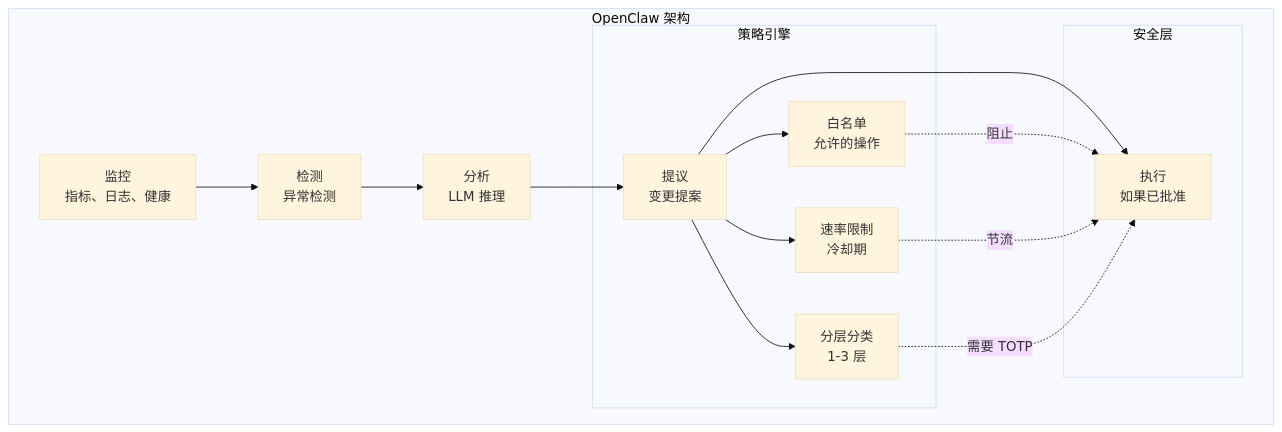
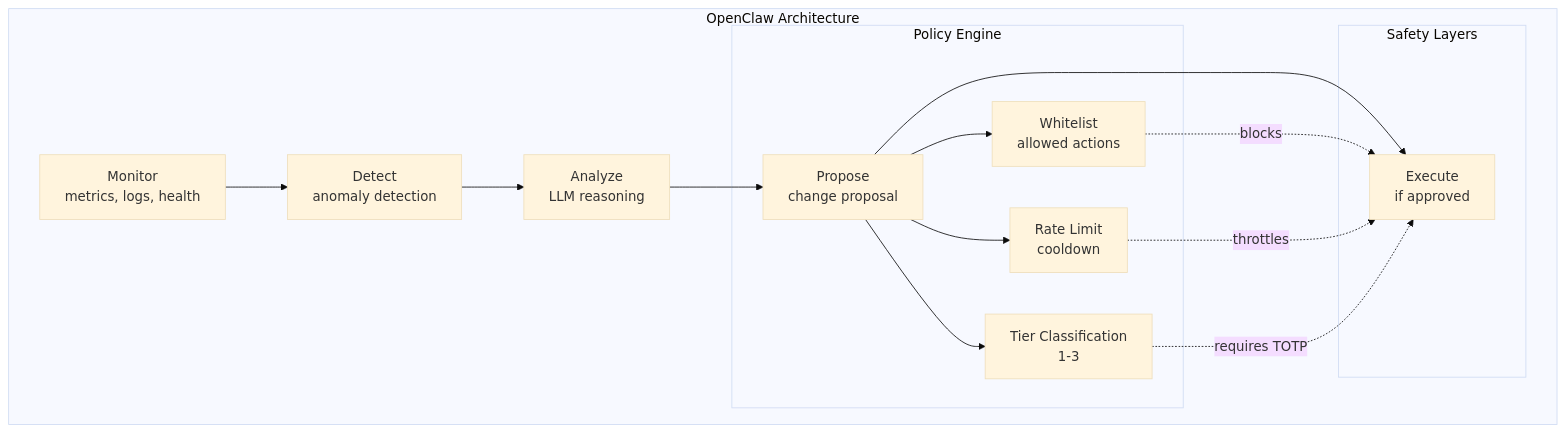
The sixth of 12 diagrams in i18n/zh/docusaurus-plugin-content-docs/current/architecture.md (stars-labs/self-healing-nixos-infra), drawn with Mermaid (base theme) before and after one commit. The commit also changed other lines of this file and 15 other files, not shown here.

First line of the commit message:
Fix Mermaid parse errors in Chinese docs

````diff
--- a/i18n/zh/docusaurus-plugin-content-docs/current/architecture.md
+++ b/i18n/zh/docusaurus-plugin-content-docs/current/architecture.md
@@ -186,21 +186,21 @@
 ```mermaid
 flowchart TB
-    subgraph OpenClaw["OpenClaw 架构"]
-        M[监控<br/>指标、日志、健康] --> D[检测<br/>异常检测]
-        D --> A[分析<br/>LLM 推理]
-        A --> P[提议<br/>变更提案]
-        P --> E[执行<br/>如果已批准]
+    subgraph OpenClaw["OpenClaw Architecture"]
+        M[Monitor<br/>metrics, logs, health] --> D[Detect<br/>anomaly detection]
+        D --> A[Analyze<br/>LLM reasoning]
+        A --> P[Propose<br/>change proposal]
+        P --> E[Execute<br/>if approved]
         
-        subgraph Policy["策略引擎"]
-            P --> W[白名单<br/>允许的操作]
-            P --> R[速率限制<br/>冷却期]
-            P --> T[分层分类<br/>1-3 层]
+        subgraph Policy["Policy Engine"]
+            P --> W[Whitelist<br/>allowed actions]
+            P --> R[Rate Limit<br/>cooldown]
+            P --> T[Tier Classification<br/>1-3]
         end
         
-        subgraph Safety["安全层"]
-            W -.->|阻止| E
-            R -.->|节流| E
-            T -.->|需要 TOTP| E
+        subgraph Safety["Safety Layers"]
+            W -.->|blocks| E
+            R -.->|throttles| E
+            T -.->|requires TOTP| E
         end
     end
 ```
````
